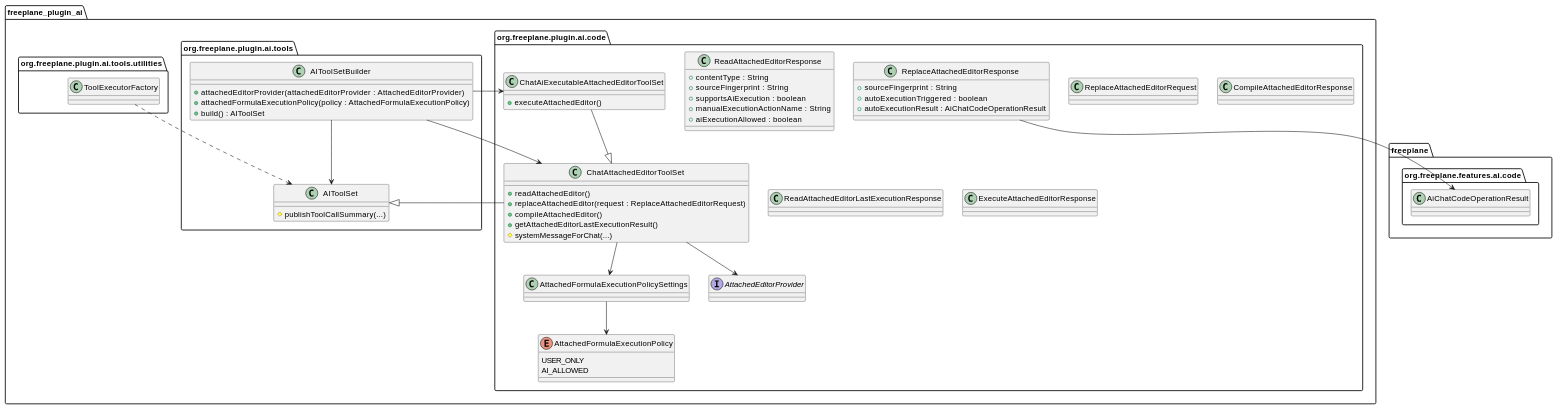
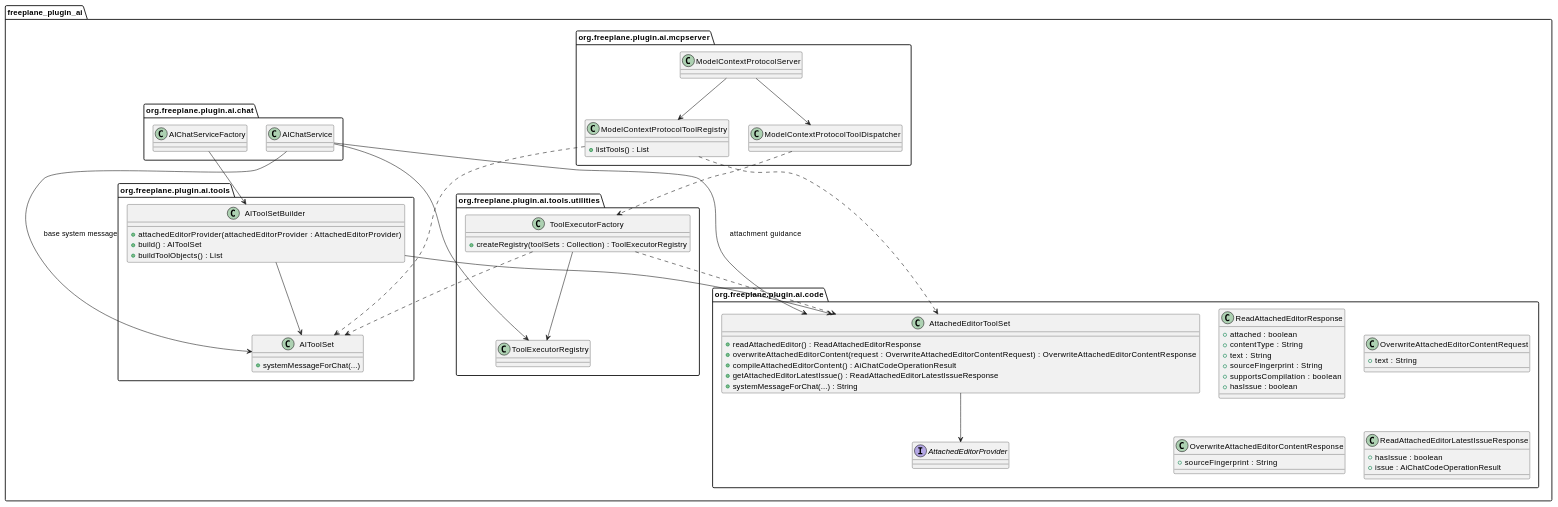
The fifth of 8 diagrams in ai-specs/tasks/in-progress/allow-ai-chat-attachment-for-formula-and-script-editors.md (hyperdreamer/freeplane), drawn with PlantUML before and after one commit. The commit also changed other lines of this file, not shown here.

Commit message:
2026-05-27-editor-chat-attachment Clarify attached-editor task design

````diff
--- a/ai-specs/tasks/in-progress/allow-ai-chat-attachment-for-formula-and-script-editors.md
+++ b/ai-specs/tasks/in-progress/allow-ai-chat-attachment-for-formula-and-script-editors.md
@@ -516,75 +578,83 @@
-```plantuml
-@startuml
-set separator none
-package "freeplane" {
-  package "org.freeplane.features.ai.code" {
-    class AiChatCodeOperationResult
-  }
-}
-
-package "freeplane_plugin_ai" {
-  package "org.freeplane.plugin.ai.tools" {
-    class AIToolSet {
-      # publishToolCallSummary(...)
+  ```plantuml
+  @startuml
+  set separator none
+  package "freeplane_plugin_ai" {
+    package "org.freeplane.plugin.ai.chat" {
+      class AIChatService
+      class AIChatServiceFactory
     }
-
-    class AIToolSetBuilder {
-      + attachedEditorProvider(attachedEditorProvider : AttachedEditorProvider)
-      + attachedFormulaExecutionPolicy(policy : AttachedFormulaExecutionPolicy)
-      + build() : AIToolSet
+  
+    package "org.freeplane.plugin.ai.mcpserver" {
+      class ModelContextProtocolServer
+      class ModelContextProtocolToolRegistry {
+        + listTools() : List
+      }
+      class ModelContextProtocolToolDispatcher
+    }
+  
+    package "org.freeplane.plugin.ai.tools" {
+      class AIToolSet {
+        + systemMessageForChat(...)
+      }
+  
+      class AIToolSetBuilder {
+        + attachedEditorProvider(attachedEditorProvider : AttachedEditorProvider)
+        + build() : AIToolSet
+        + buildToolObjects() : List
+      }
+    }
+  
+    package "org.freeplane.plugin.ai.tools.utilities" {
+      class ToolExecutorFactory {
+        + createRegistry(toolSets : Collection) : ToolExecutorRegistry
+      }
+      class ToolExecutorRegistry
+    }
+  
+    package "org.freeplane.plugin.ai.code" {
+      interface AttachedEditorProvider
+      class ReadAttachedEditorResponse {
+        + attached : boolean
+        + contentType : String
+        + text : String
+        + sourceFingerprint : String
+        + supportsCompilation : boolean
+        + hasIssue : boolean
+      }
+      class OverwriteAttachedEditorContentRequest {
+        + text : String
+      }
+      class OverwriteAttachedEditorContentResponse {
+        + sourceFingerprint : String
+      }
+      class ReadAttachedEditorLatestIssueResponse {
+        + hasIssue : boolean
+        + issue : AiChatCodeOperationResult
+      }
+      class AttachedEditorToolSet {
+        + readAttachedEditor() : ReadAttachedEditorResponse
+        + overwriteAttachedEditorContent(request : OverwriteAttachedEditorContentRequest) : OverwriteAttachedEditorContentResponse
+        + compileAttachedEditorContent() : AiChatCodeOperationResult
+        + getAttachedEditorLatestIssue() : ReadAttachedEditorLatestIssueResponse
+        + systemMessageForChat(...) : String
+      }
     }
   }
-
-  package "org.freeplane.plugin.ai.tools.utilities" {
-    class ToolExecutorFactory
-  }
-
-  package "org.freeplane.plugin.ai.code" {
-    enum AttachedFormulaExecutionPolicy {
-      USER_ONLY
-      AI_ALLOWED
-    }
-
-    class AttachedFormulaExecutionPolicySettings
-    interface AttachedEditorProvider
-    class ReadAttachedEditorResponse {
-      + contentType : String
-      + sourceFingerprint : String
-      + supportsAiExecution : boolean
-      + manualExecutionActionName : String
-      + aiExecutionAllowed : boolean
-    }
-    class ReplaceAttachedEditorRequest
-    class ReplaceAttachedEditorResponse {
-      + sourceFingerprint : String
-      + autoExecutionTriggered : boolean
-      + autoExecutionResult : AiChatCodeOperationResult
-    }
-    class CompileAttachedEditorResponse
-    class ReadAttachedEditorLastExecutionResponse
-    class ExecuteAttachedEditorResponse
-    class ChatAttachedEditorToolSet {
-      + readAttachedEditor()
-      + replaceAttachedEditor(request : ReplaceAttachedEditorRequest)
-      + compileAttachedEditor()
-      + getAttachedEditorLastExecutionResult()
-      # systemMessageForChat(...)
-    }
-    class ChatAiExecutableAttachedEditorToolSet {
-      + executeAttachedEditor()
-    }
-  }
-}
-
-ChatAttachedEditorToolSet --|> AIToolSet
-ChatAiExecutableAttachedEditorToolSet --|> ChatAttachedEditorToolSet
-AIToolSetBuilder --> AIToolSet
-AIToolSetBuilder --> ChatAttachedEditorToolSet
-AIToolSetBuilder --> ChatAiExecutableAttachedEditorToolSet
-AttachedFormulaExecutionPolicySettings --> AttachedFormulaExecutionPolicy
-ReplaceAttachedEditorResponse --> AiChatCodeOperationResult
-ChatAttachedEditorToolSet --> AttachedEditorProvider
-ChatAttachedEditorToolSet --> AttachedFormulaExecutionPolicySettings
-ToolExecutorFactory ..> AIToolSet
-@enduml
-```
+  
+  AIToolSetBuilder --> AIToolSet
+  AIToolSetBuilder --> AttachedEditorToolSet
+  AttachedEditorToolSet --> AttachedEditorProvider
+  AIChatServiceFactory --> AIToolSetBuilder
+  AIChatService --> AIToolSet : base system message
+  AIChatService --> AttachedEditorToolSet : attachment guidance
+  AIChatService --> ToolExecutorRegistry
+  ModelContextProtocolServer --> ModelContextProtocolToolRegistry
+  ModelContextProtocolServer --> ModelContextProtocolToolDispatcher
+  ModelContextProtocolToolRegistry ..> AIToolSet
+  ModelContextProtocolToolRegistry ..> AttachedEditorToolSet
+  ModelContextProtocolToolDispatcher ..> ToolExecutorFactory
+  ToolExecutorFactory ..> AIToolSet
+  ToolExecutorFactory ..> AttachedEditorToolSet
+  ToolExecutorFactory --> ToolExecutorRegistry
+  @enduml
+  ```
````
